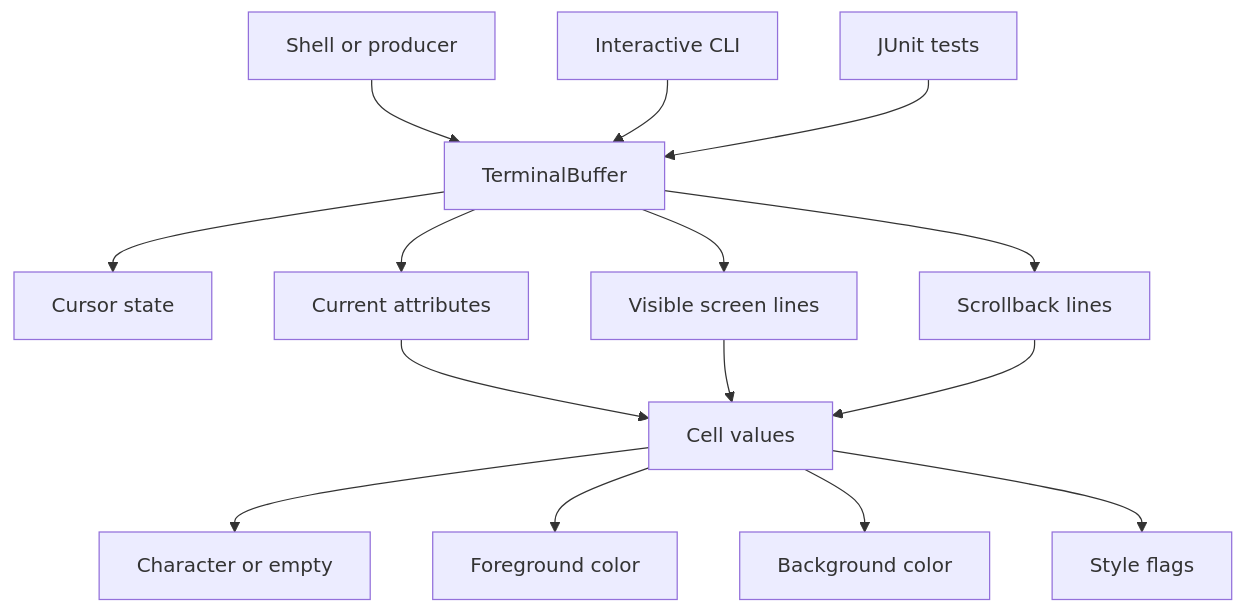
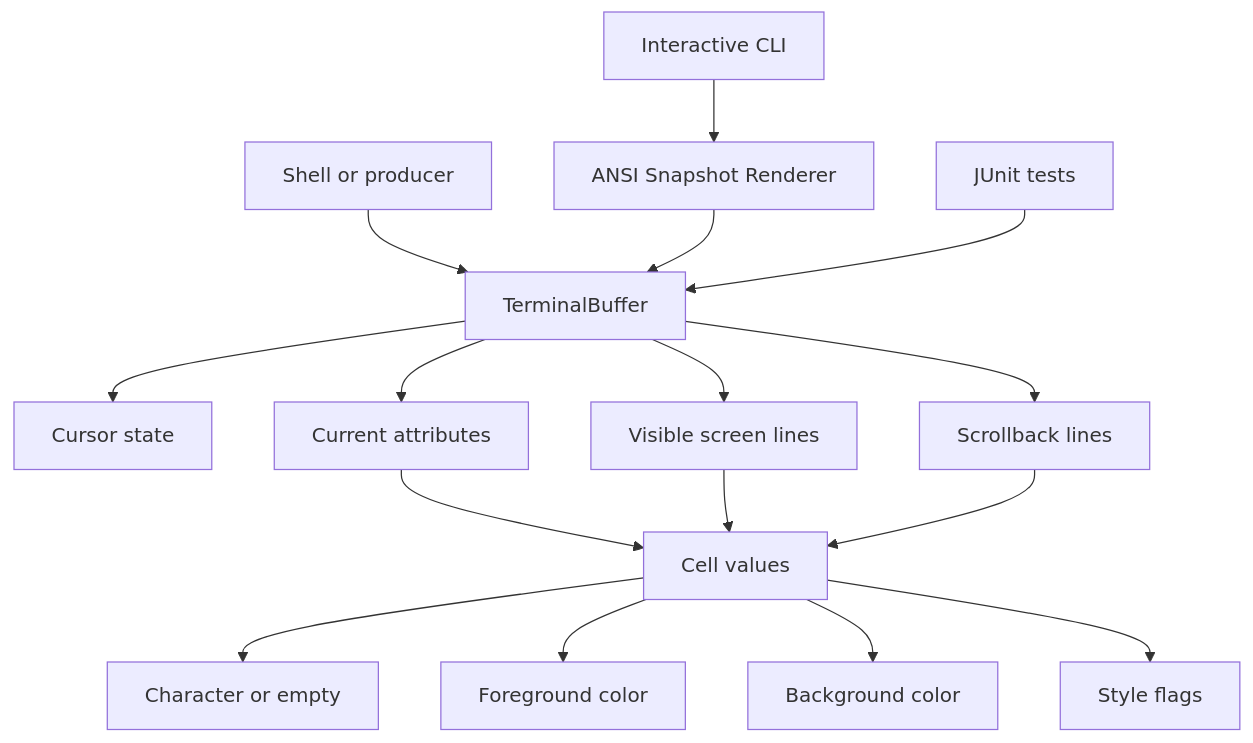
One commit to def4alt/terminal changed the diagram in README.md. Above: the diagram before and after it, drawn with Mermaid.

Commit message:
docs: update architecture diagram

````diff
--- a/README.md
+++ b/README.md
@@ -13,21 +13,22 @@
 ```mermaid
 flowchart TD
     S[Shell or producer] --> B[TerminalBuffer]
+    CLI[Interactive CLI] --> R[ANSI Snapshot Renderer]
+    R --> B
 
     B --> C[Cursor state]
     B --> A[Current attributes]
     B --> SCR[Visible screen lines]
     B --> H[Scrollback lines]
 
     A --> CELL[Cell values]
     SCR --> CELL
     H --> CELL
 
     CELL --> CH[Character or empty]
     CELL --> FG[Foreground color]
     CELL --> BG[Background color]
     CELL --> ST[Style flags]
 
-    CLI[Interactive CLI] --> B
     T[JUnit tests] --> B
 ```
````
